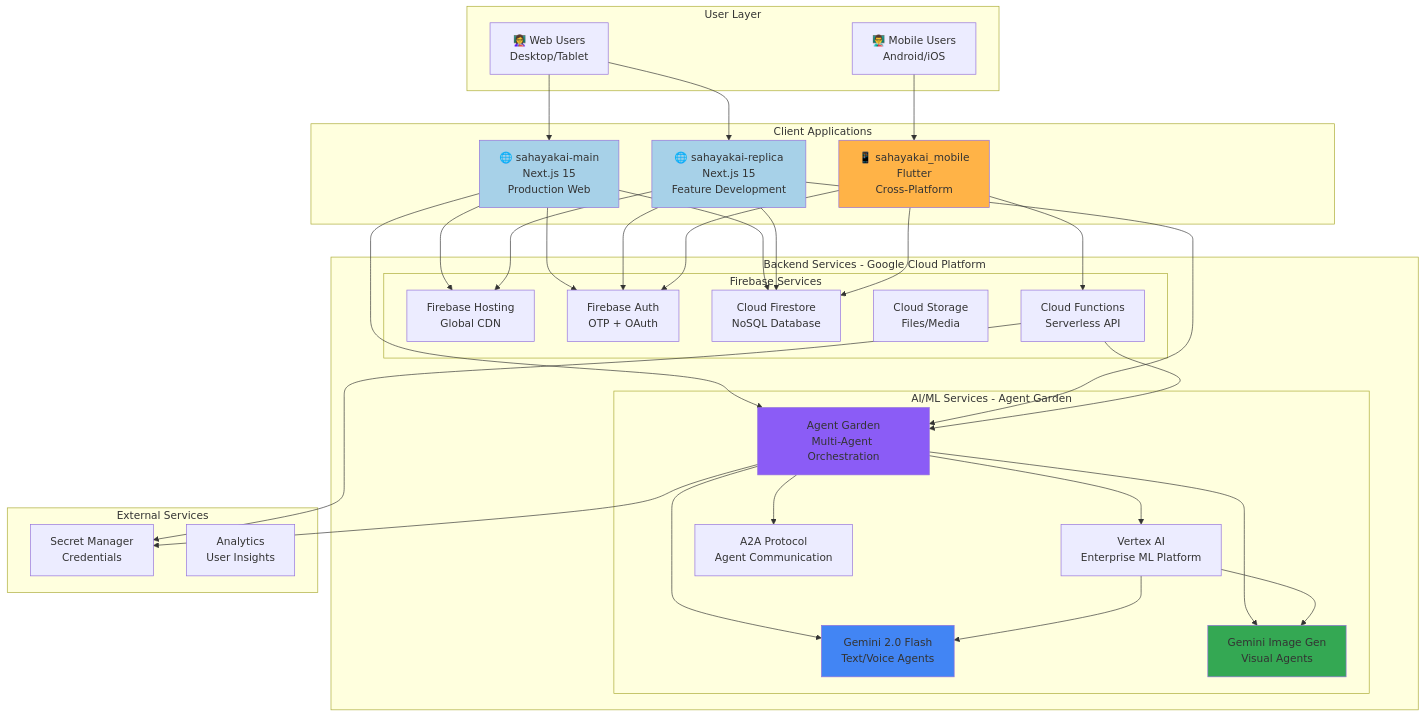
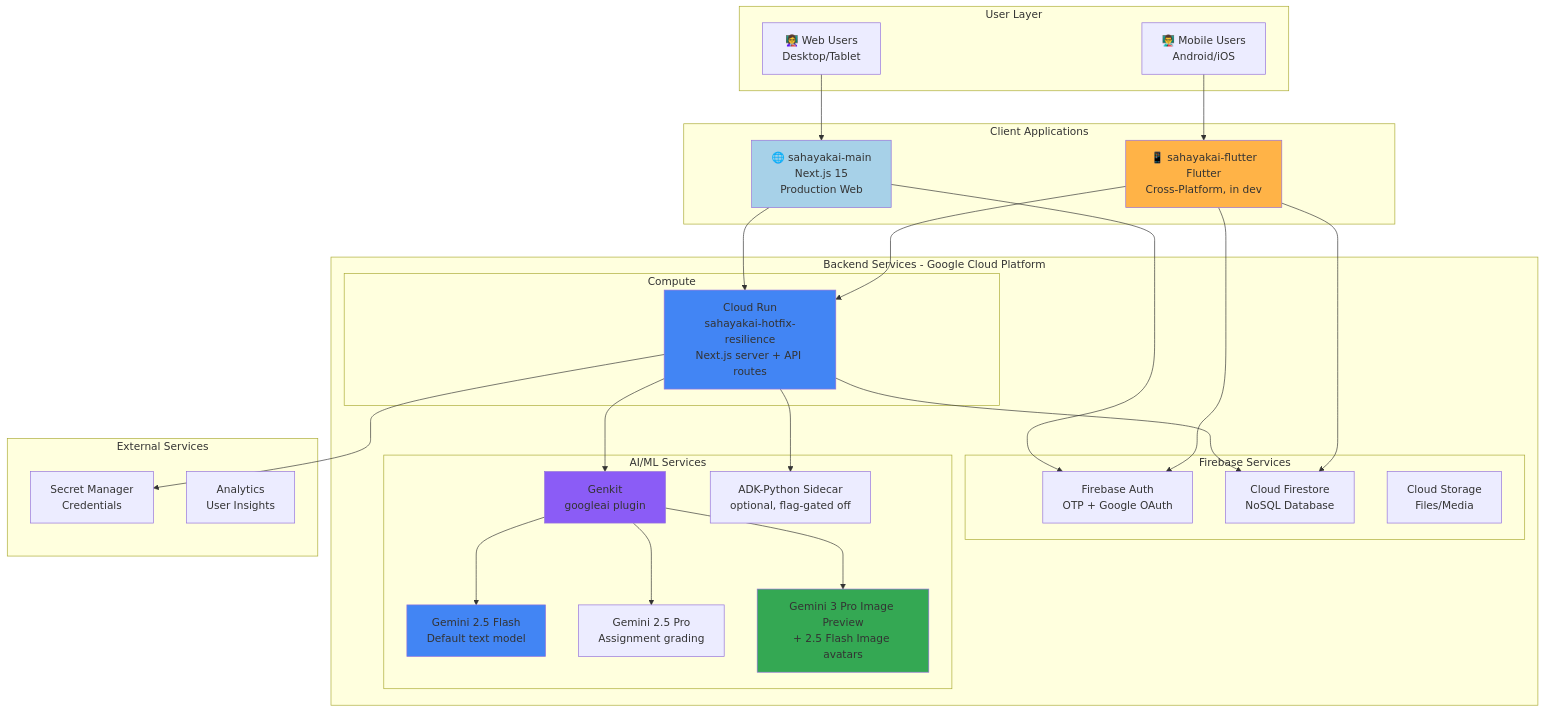
The first of 8 diagrams in sahayakai-main/docs/architecture/SOLUTION_ARCHITECTURE.md (sargupta/sahayakai), drawn with Mermaid before and after one commit. The commit also changed other lines of this file and 113 other files, not shown here.

````diff
--- a/sahayakai-main/docs/architecture/SOLUTION_ARCHITECTURE.md
+++ b/sahayakai-main/docs/architecture/SOLUTION_ARCHITECTURE.md
@@ -21,74 +22,64 @@
 ```mermaid
 graph TB
     subgraph "User Layer"
         WEB_USER[👩‍🏫 Web Users<br/>Desktop/Tablet]
         MOBILE_USER[👨‍🏫 Mobile Users<br/>Android/iOS]
     end
 
     subgraph "Client Applications"
         WEB_MAIN[🌐 sahayakai-main<br/>Next.js 15<br/>Production Web]
-        WEB_REPLICA[🌐 sahayakai-replica<br/>Next.js 15<br/>Feature Development]
-        MOBILE_APP[📱 sahayakai_mobile<br/>Flutter<br/>Cross-Platform]
+        MOBILE_APP[📱 sahayakai-flutter<br/>Flutter<br/>Cross-Platform, in dev]
     end
 
     subgraph "Backend Services - Google Cloud Platform"
+        subgraph "Compute"
+            CLOUDRUN[Cloud Run<br/>sahayakai-hotfix-resilience<br/>Next.js server + API routes]
+        end
         subgraph "Firebase Services"
-            HOSTING[Firebase Hosting<br/>Global CDN]
-            AUTH[Firebase Auth<br/>OTP + OAuth]
+            AUTH[Firebase Auth<br/>OTP + Google OAuth]
             FIRESTORE[Cloud Firestore<br/>NoSQL Database]
             STORAGE[Cloud Storage<br/>Files/Media]
-            FUNCTIONS[Cloud Functions<br/>Serverless API]
         end
         
-        subgraph "AI/ML Services - Agent Garden"
-            AGENT_GARDEN[Agent Garden<br/>Multi-Agent Orchestration]
-            VERTEX_AI[Vertex AI<br/>Enterprise ML Platform]
-            GEMINI_FLASH[Gemini 2.0 Flash<br/>Text/Voice Agents]
-            GEMINI_IMG[Gemini Image Gen<br/>Visual Agents]
-            A2A[A2A Protocol<br/>Agent Communication]
+        subgraph "AI/ML Services"
+            GENKIT[Genkit<br/>googleai plugin]
+            GEMINI_FLASH[Gemini 2.5 Flash<br/>Default text model]
+            GEMINI_PRO[Gemini 2.5 Pro<br/>Assignment grading]
+            GEMINI_IMG[Gemini 3 Pro Image Preview<br/>+ 2.5 Flash Image avatars]
+            SIDECAR[ADK-Python Sidecar<br/>optional, flag-gated off]
         end
     end
 
     subgraph "External Services"
         SECRETS[Secret Manager<br/>Credentials]
         ANALYTICS[Analytics<br/>User Insights]
     end
 
     WEB_USER --> WEB_MAIN
-    WEB_USER --> WEB_REPLICA
     MOBILE_USER --> MOBILE_APP
 
-    WEB_MAIN --> HOSTING
-    WEB_REPLICA --> HOSTING
-    MOBILE_APP --> FUNCTIONS
+    WEB_MAIN --> CLOUDRUN
+    MOBILE_APP --> CLOUDRUN
     
     WEB_MAIN --> AUTH
-    WEB_REPLICA --> AUTH
     MOBILE_APP --> AUTH
 
-    WEB_MAIN --> AGENT_GARDEN
-    WEB_REPLICA --> AGENT_GARDEN
-    FUNCTIONS --> AGENT_GARDEN
+    CLOUDRUN --> GENKIT
+    CLOUDRUN --> SIDECAR
 
-    AGENT_GARDEN --> VERTEX_AI
-    AGENT_GARDEN --> GEMINI_FLASH
-    AGENT_GARDEN --> GEMINI_IMG
-    AGENT_GARDEN --> A2A
+    GENKIT --> GEMINI_FLASH
+    GENKIT --> GEMINI_PRO
+    GENKIT --> GEMINI_IMG
     
-    VERTEX_AI --> GEMINI_FLASH
-    VERTEX_AI --> GEMINI_IMG
-    
-    WEB_MAIN --> FIRESTORE
-    WEB_REPLICA --> FIRESTORE
+    CLOUDRUN --> FIRESTORE
     MOBILE_APP --> FIRESTORE
     
-    FUNCTIONS --> SECRETS
-    AGENT_GARDEN --> SECRETS
+    CLOUDRUN --> SECRETS
 
     style WEB_MAIN fill:#a7d1e8
-    style WEB_REPLICA fill:#a7d1e8
     style MOBILE_APP fill:#ffb347
-    style AGENT_GARDEN fill:#8b5cf6
+    style CLOUDRUN fill:#4285f4
+    style GENKIT fill:#8b5cf6
     style GEMINI_FLASH fill:#4285f4
     style GEMINI_IMG fill:#34a853
 ```
````
